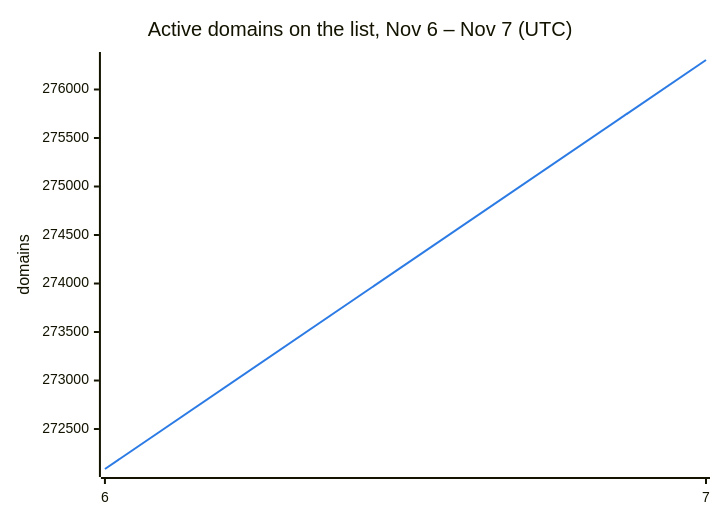
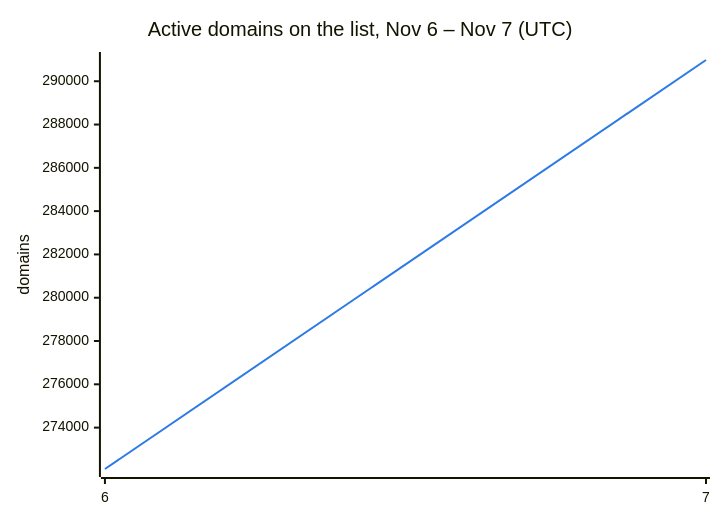
Before and after one commit to DNSBunker/CTI: the second of 3 diagrams in README.md, drawn with Mermaid. The commit also changed other lines of this file and 3 other files, not shown here.

````diff
--- a/README.md
+++ b/README.md
@@ -38,8 +38,8 @@
 ```mermaid
 %%{init: {"themeVariables": {"xyChart": {"plotColorPalette": "#2c7be5"}}}}%%
 xychart-beta
     title "Active domains on the list, Nov 6 – Nov 7 (UTC)"
     x-axis ["6", "7"]
     y-axis "domains"
-    line [272088, 276304]
+    line [272088, 290981]
 ```
````
